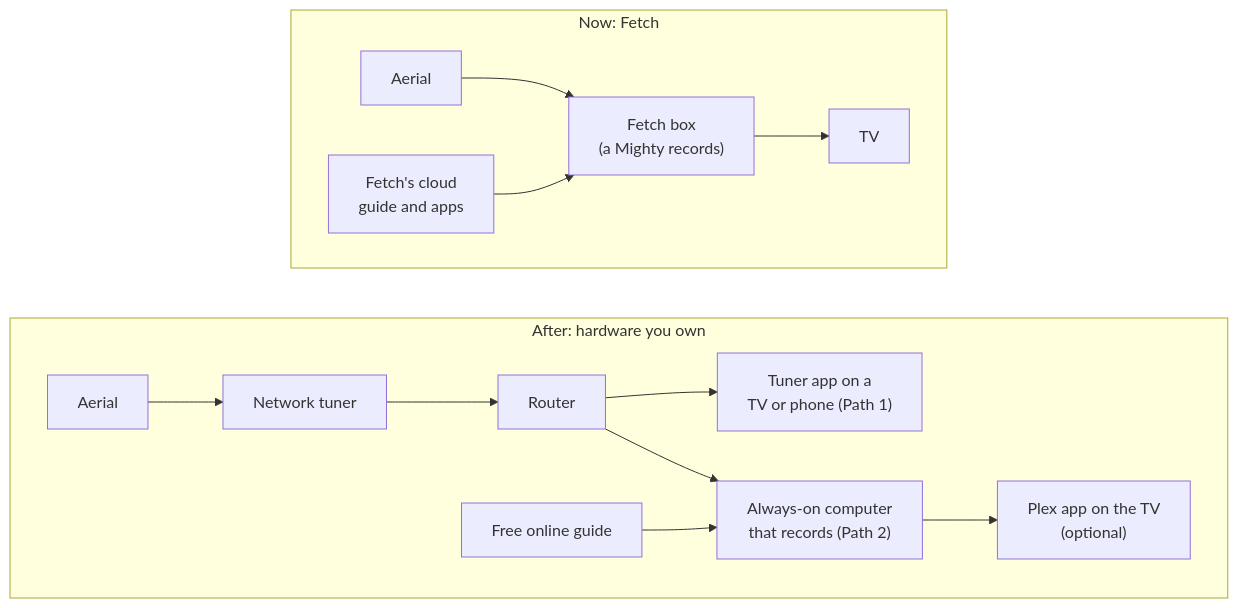
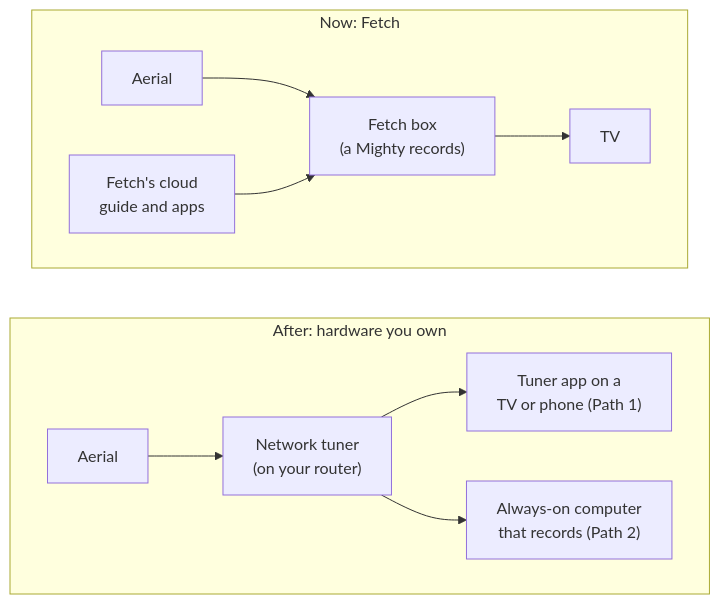
One commit to furey/freetvarr changed the first of 2 diagrams in docs/guide/leaving-fetch.md. Above: the diagram before and after it, drawn with Mermaid. The commit also changed other lines of this file, not shown here.

Commit message:
Renamed the leaving-Fetch pieces section to What you'll need and trimmed its After diagram to match the Now diagram.

````diff
--- a/docs/guide/leaving-fetch.md
+++ b/docs/guide/leaving-fetch.md
@@ -19,17 +19,15 @@
 ```mermaid
 flowchart TB
   subgraph before["Now: Fetch"]
     direction LR
     aerial1["Aerial"] --> fetch["Fetch box<br>(a Mighty records)"] --> tv1["TV"]
     cloud["Fetch's cloud<br>guide and apps"] --> fetch
   end
   subgraph after["After: hardware you own"]
     direction LR
-    aerial2["Aerial"] --> tuner["Network tuner"] --> router["Router"]
-    router --> app["Tuner app on a<br>TV or phone (Path 1)"]
-    router --> computer["Always-on computer<br>that records (Path 2)"]
-    guide["Free online guide"] --> computer
-    computer --> plex["Plex app on the TV<br>(optional)"]
+    aerial2["Aerial"] --> tuner["Network tuner<br>(on your router)"]
+    tuner --> app["Tuner app on a<br>TV or phone (Path 1)"]
+    tuner --> computer["Always-on computer<br>that records (Path 2)"]
   end
   before ~~~ after
 ```
````
